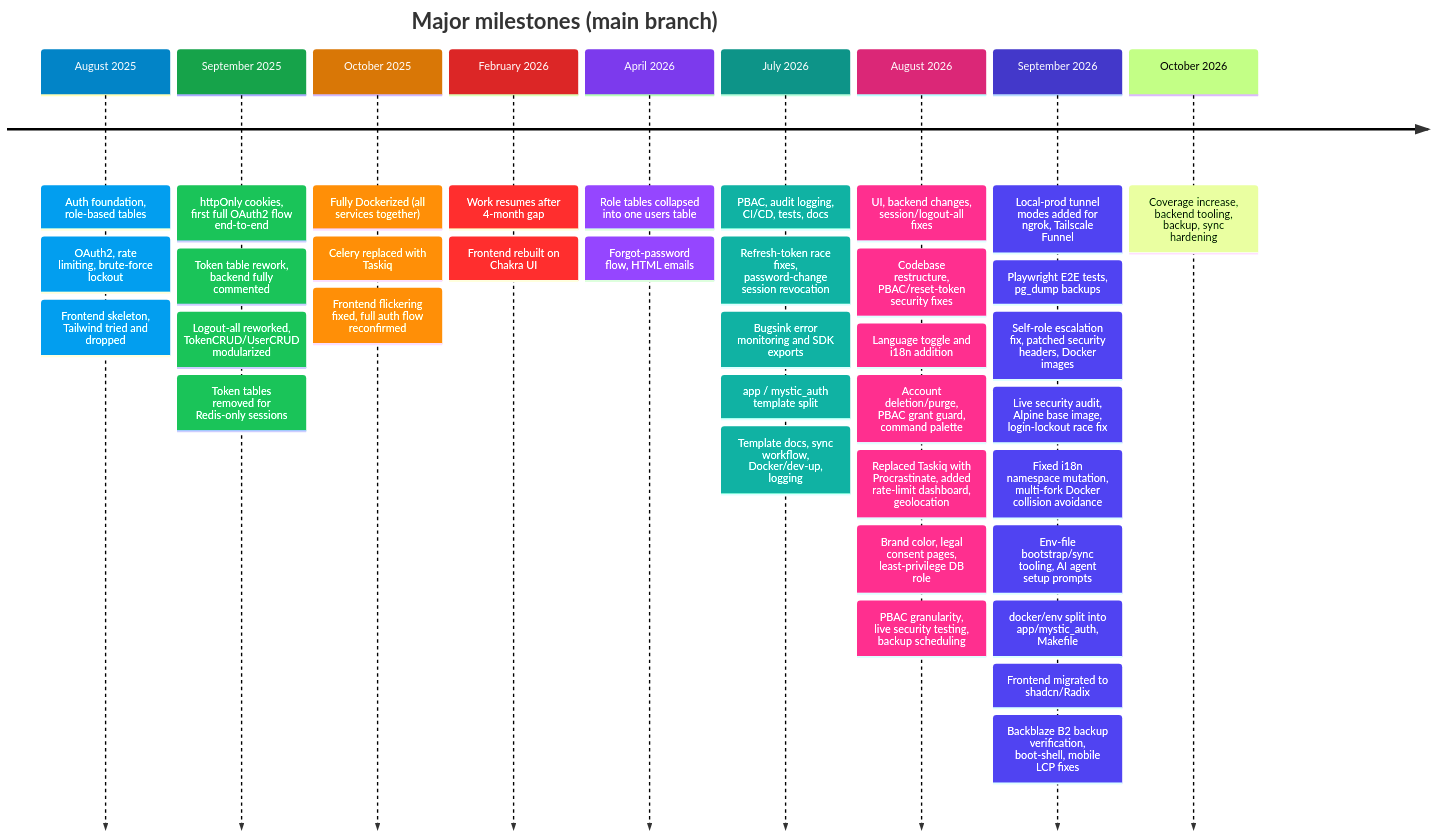
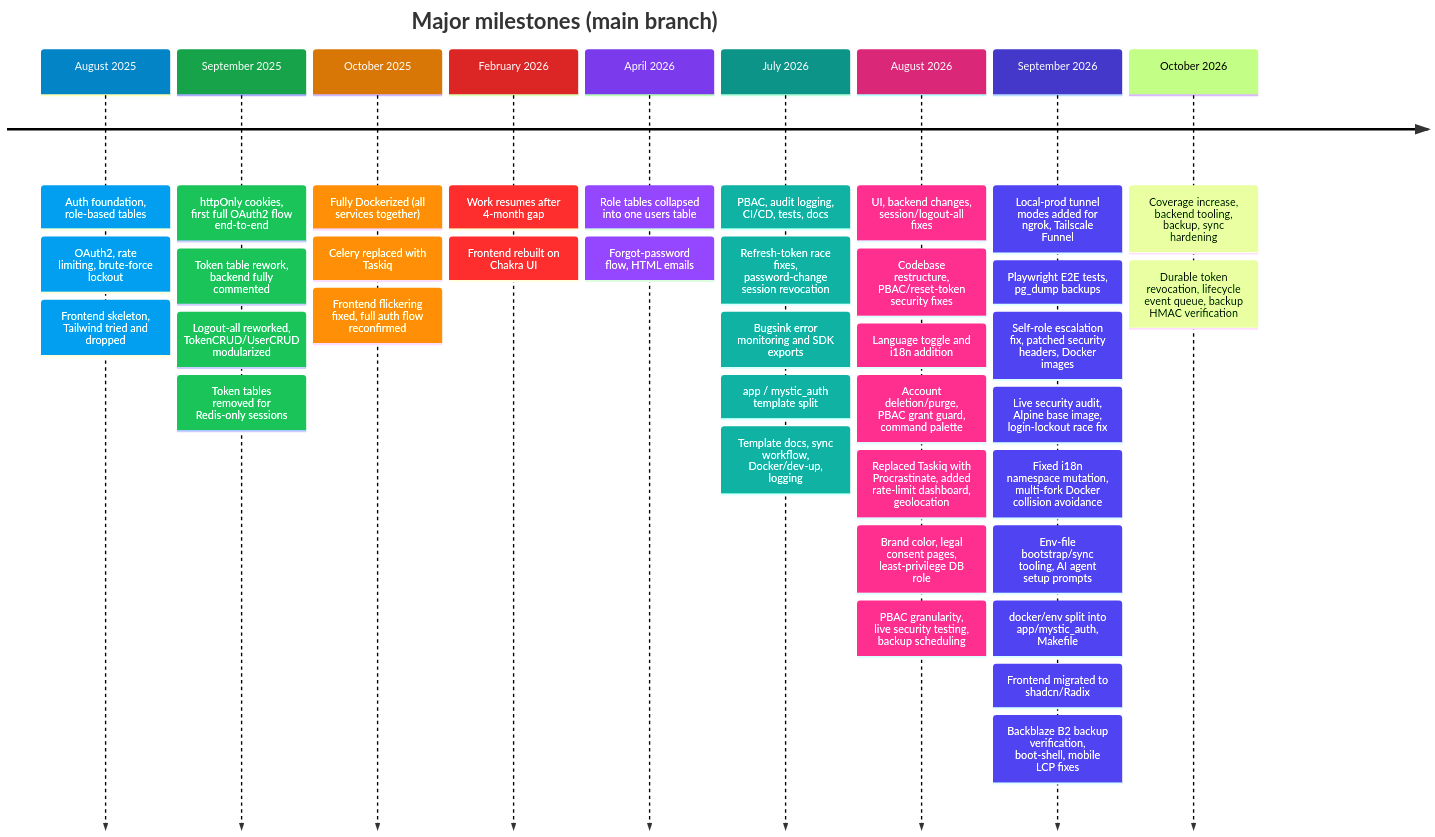
Before and after one commit to Nachiket-2024/mystic-auth: the diagram in docs/mystic_auth/project-story/timeline/README.md, drawn with Mermaid. The commit also changed other lines of this file and 201 other files, not shown here.

Commit message:
Made token revocation durable, added lifecycle event queue, backup HMAC verification

````diff
--- a/docs/mystic_auth/project-story/timeline/README.md
+++ b/docs/mystic_auth/project-story/timeline/README.md
@@ -34,41 +34,42 @@
 ```mermaid
 %%{init: {"themeVariables":{"fontSize":"16px","lineColor":"#334155","cScale0":"#0284c7","cScale1":"#16a34a","cScale2":"#d97706","cScale3":"#dc2626","cScale4":"#7c3aed","cScale5":"#0d9488","cScale6":"#db2777","cScale7":"#4338ca","cScaleLabel0":"#ffffff","cScaleLabel1":"#ffffff","cScaleLabel2":"#ffffff","cScaleLabel3":"#ffffff","cScaleLabel4":"#ffffff","cScaleLabel5":"#ffffff","cScaleLabel6":"#ffffff","cScaleLabel7":"#ffffff"}} }%%
 timeline
     title Major milestones (main branch)
     August 2025: Auth foundation, role-based tables
                 : OAuth2, rate limiting, brute-force lockout
                 : Frontend skeleton, Tailwind tried and dropped
     September 2025: httpOnly cookies, first full OAuth2 flow end-to-end
                    : Token table rework, backend fully commented
                    : Logout-all reworked, TokenCRUD/UserCRUD modularized
                    : Token tables removed for Redis-only sessions
     October 2025: Fully Dockerized (all services together)
                  : Celery replaced with Taskiq
                  : Frontend flickering fixed, full auth flow reconfirmed
     February 2026: Work resumes after 4-month gap
                   : Frontend rebuilt on Chakra UI
     April 2026: Role tables collapsed into one users table
                : Forgot-password flow, HTML emails
     July 2026: PBAC, audit logging, CI/CD, tests, docs
               : Refresh-token race fixes, password-change session revocation
               : Bugsink error monitoring and SDK exports
               : app / mystic_auth template split
               : Template docs, sync workflow, Docker/dev-up, logging
     August 2026: UI, backend changes, session/logout-all fixes
                 : Codebase restructure, PBAC/reset-token security fixes
                 : Language toggle and i18n addition
                 : Account deletion/purge, PBAC grant guard, command palette
                 : Replaced Taskiq with Procrastinate, added rate-limit dashboard, geolocation
                 : Brand color, legal consent pages, least-privilege DB role
                 : PBAC granularity, live security testing, backup scheduling
     September 2026: Local-prod tunnel modes added for ngrok, Tailscale Funnel
                    : Playwright E2E tests, pg_dump backups
                    : Self-role escalation fix, patched security headers, Docker images
                    : Live security audit, Alpine base image, login-lockout race fix
                    : Fixed i18n namespace mutation, multi-fork Docker collision avoidance
                    : Env-file bootstrap/sync tooling, AI agent setup prompts
                    : docker/env split into app/mystic_auth, Makefile
                    : Frontend migrated to shadcn/Radix
                    : Backblaze B2 backup verification, boot-shell, mobile LCP fixes
     October 2026: Coverage increase, backend tooling, backup, sync hardening
+                  : Durable token revocation, lifecycle event queue, backup HMAC verification
 ```
````
